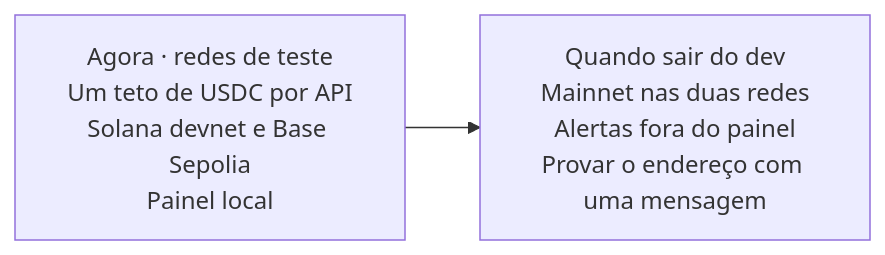
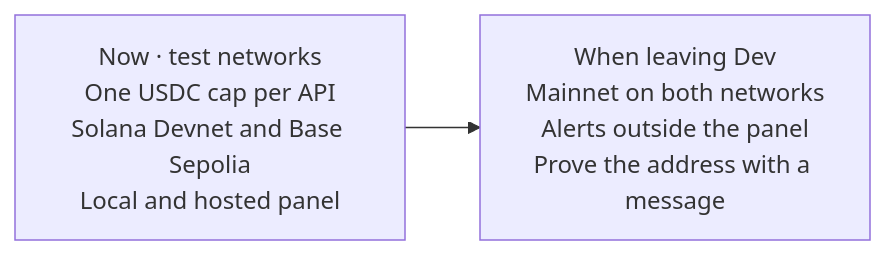
The second of 2 diagrams in docs/PRD-v2-Agent-Spend-Control.md (lorenasamuel-rgb/Nectrae), drawn with Mermaid before and after one commit. The commit also changed other lines of this file, not shown here.

````diff
--- a/docs/PRD-v2-Agent-Spend-Control.md
+++ b/docs/PRD-v2-Agent-Spend-Control.md
@@ -210,5 +211,5 @@
 ```mermaid
 flowchart LR
-  F1["Agora · redes de teste<br/>Um teto de USDC por API<br/>Solana devnet e Base Sepolia<br/>Painel local"]
-  --> F2["Quando sair do dev<br/>Mainnet nas duas redes<br/>Alertas fora do painel<br/>Provar o endereço com uma mensagem"]
+  F1["Now · test networks<br/>One USDC cap per API<br/>Solana Devnet and Base Sepolia<br/>Local and hosted panel"]
+  --> F2["When leaving Dev<br/>Mainnet on both networks<br/>Alerts outside the panel<br/>Prove the address with a message"]
 ```
````
